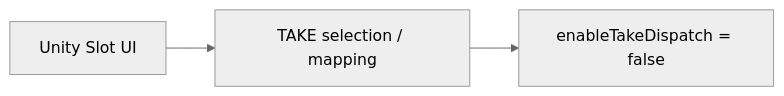
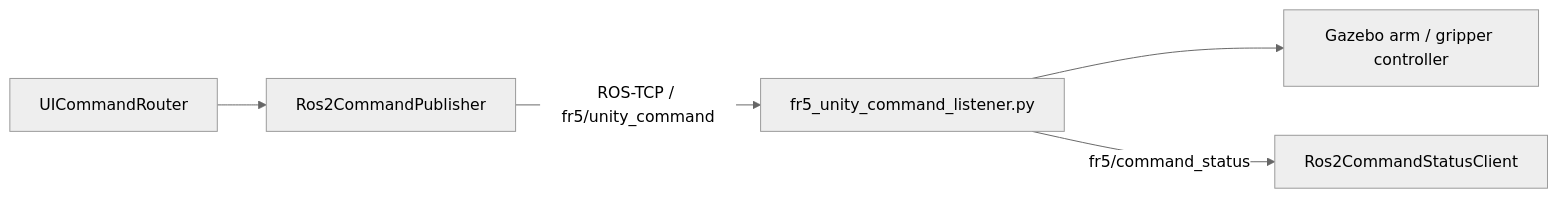
One commit to seongyeop-dev/fr5-unity-digital-twin changed the second of 5 diagrams in docs/04_data_flow.md. Above: the diagram before and after it, drawn with Mermaid (neutral theme). The commit also changed other lines of this file and 49 other files, not shown here.

````diff
--- a/docs/04_data_flow.md
+++ b/docs/04_data_flow.md
@@ -63,5 +27,7 @@
 ```mermaid
 flowchart LR
-    SLOT["Unity Slot UI"] --> SEL["TAKE selection / mapping"]
-    SEL --> STOP["enableTakeDispatch = false"]
+    UI["UICommandRouter"] --> P["Ros2CommandPublisher"]
+    P -->|"ROS-TCP / fr5/unity_command"| L["fr5_unity_command_listener.py"]
+    L --> C["Gazebo arm / gripper controller"]
+    L -->|"fr5/command_status"| S["Ros2CommandStatusClient"]
 ```
````
